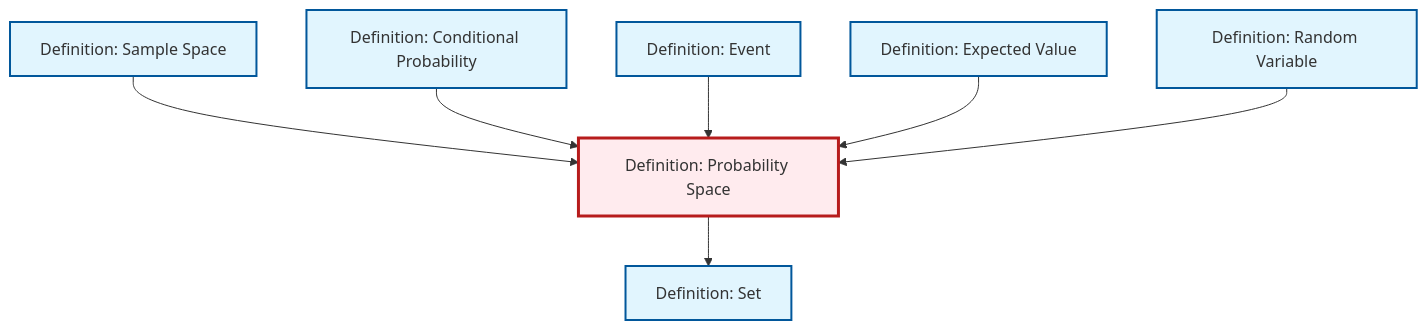
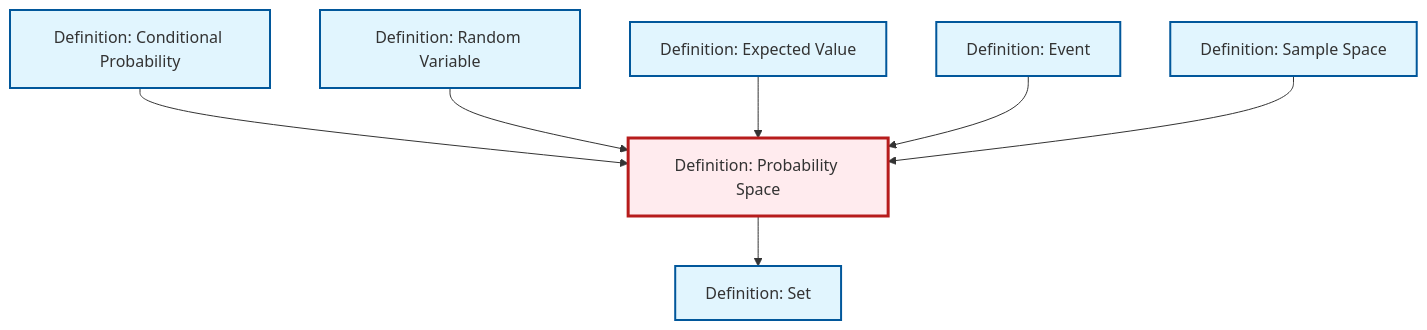
The diagram in output/mermaid/def-probability-space.mermaid (RK0429/ModernMath), drawn with Mermaid before and after one commit. The commit also changed other lines of this file and 1118 other files, not shown here.

````diff
--- a/output/mermaid/def-probability-space.mermaid
+++ b/output/mermaid/def-probability-space.mermaid
@@ -1,23 +1,23 @@
 ```{mermaid}
 %%| fig-cap: "Local dependency graph"
 graph TD
     classDef definition fill:#e1f5fe,stroke:#01579b,stroke-width:2px
     classDef theorem fill:#f3e5f5,stroke:#4a148c,stroke-width:2px
     classDef axiom fill:#fff3e0,stroke:#e65100,stroke-width:2px
     classDef example fill:#e8f5e9,stroke:#1b5e20,stroke-width:2px
     classDef current fill:#ffebee,stroke:#b71c1c,stroke-width:3px
+    def-event["Definition: Event"]:::definition
+    def-conditional-probability["Definition: Conditional Probability"]:::definition
+    def-random-variable["Definition: Random Variable"]:::definition
     def-expectation["Definition: Expected Value"]:::definition
+    def-probability-space["Definition: Probability Space"]:::definition
     def-set["Definition: Set"]:::definition
     def-sample-space["Definition: Sample Space"]:::definition
-    def-random-variable["Definition: Random Variable"]:::definition
-    def-probability-space["Definition: Probability Space"]:::definition
-    def-event["Definition: Event"]:::definition
-    def-conditional-probability["Definition: Conditional Probability"]:::definition
+    def-conditional-probability --> def-probability-space
+    def-random-variable --> def-probability-space
+    def-expectation --> def-probability-space
+    def-probability-space --> def-set
+    def-event --> def-probability-space
     def-sample-space --> def-probability-space
-    def-conditional-probability --> def-probability-space
-    def-event --> def-probability-space
-    def-probability-space --> def-set
-    def-expectation --> def-probability-space
-    def-random-variable --> def-probability-space
     class def-probability-space current
 ```
````
